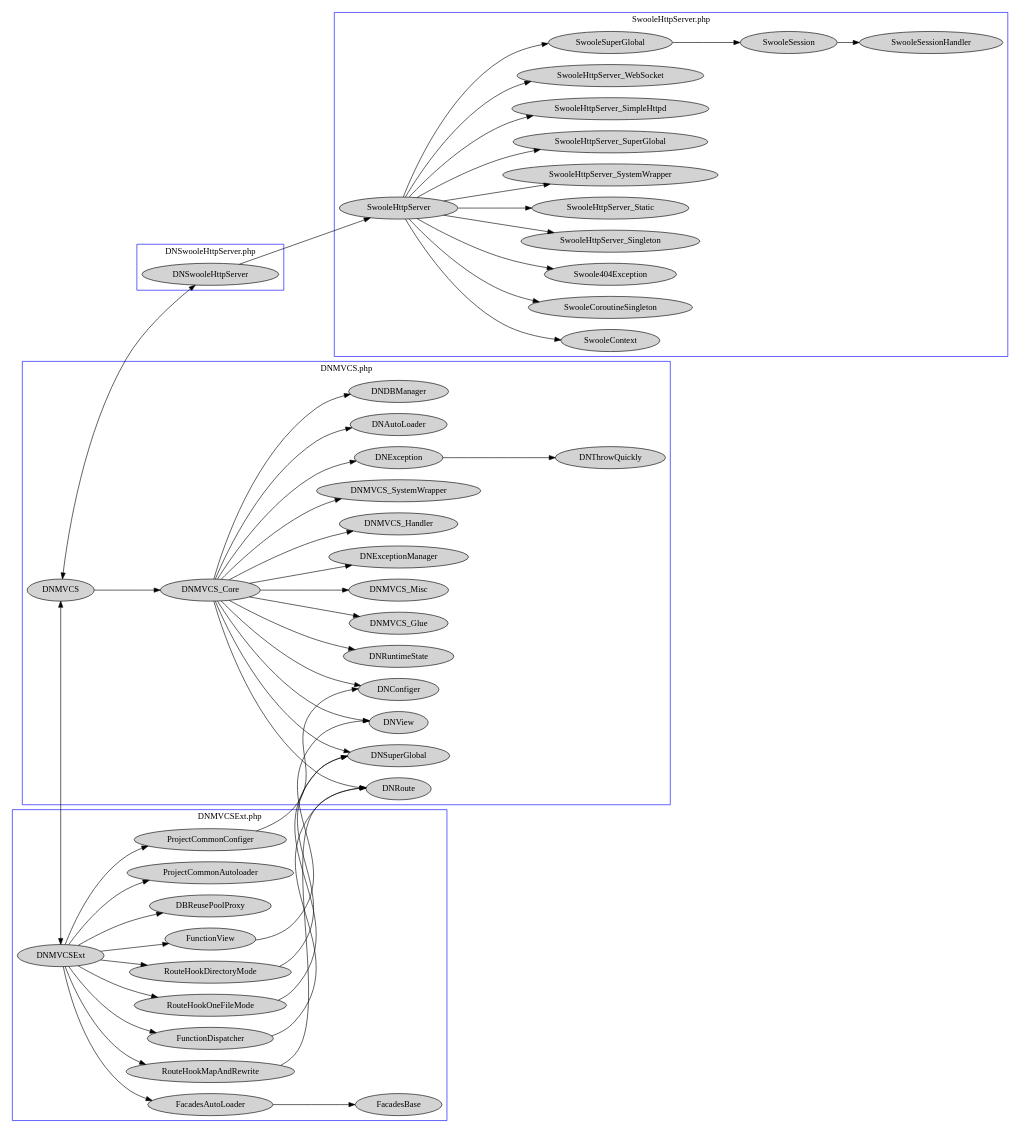
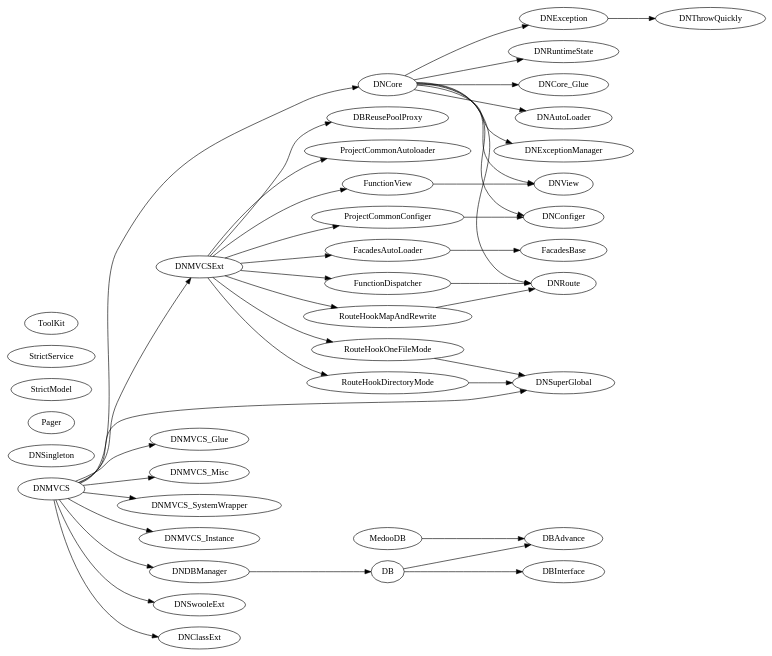
The diagram in dnmvcs.gv (dvaknheo/duckphp), drawn with Graphviz before and after one commit. The commit also changed 7 other files, not shown here.

Commit message:
添加层级关系图

```diff
--- a/dnmvcs.gv
+++ b/dnmvcs.gv
@@ -1,87 +1,60 @@
 digraph G{
+/* This is a graphviz file */
 graph [rankdir = "LR"];
-subgraph cluster_1 {
-		node [style=filled];
-		label = "DNMVCS.php";
-		color=blue;
+
 		
 DNException -> DNThrowQuickly ;
+DNCore -> DNRuntimeState;
+DNCore -> DNCore_Glue;
+DNCore -> DNAutoLoader;
+DNCore -> DNException;
+DNCore -> DNExceptionManager;
+DNCore -> DNView;
+DNCore -> DNConfiger;
+DNCore -> DNRoute;
 
-DNMVCS_Core -> DNAutoLoader;
-DNMVCS_Core -> DNException;
-DNMVCS_Core -> DNRoute;
-DNMVCS_Core -> DNView;
-DNMVCS_Core -> DNConfiger;
-DNMVCS_Core -> DNDBManager;
-DNMVCS_Core -> DNRuntimeState;
-DNMVCS_Core -> DNSuperGlobal;
-DNMVCS_Core -> DNMVCS_Glue;
-DNMVCS_Core -> DNMVCS_Misc;
-DNMVCS_Core -> DNExceptionManager;
-DNMVCS_Core -> DNMVCS_Handler;
-DNMVCS_Core -> DNMVCS_SystemWrapper;
-
-DNMVCS -> DNMVCS_Core;
+DNMVCS -> DNCore;
+DNMVCS -> DNMVCS_Glue;
+DNMVCS -> DNMVCS_Misc;
+DNMVCS -> DNMVCS_SystemWrapper;
+DNMVCS -> DNMVCS_Instance;
+DNMVCS -> DNDBManager;
+DNMVCS -> DNSwooleExt;
+DNMVCS -> DNMVCSExt;
+DNMVCS -> DNSuperGlobal;
+DNMVCS -> DNClassExt;
 
 
-}
+DNDBManager ->DB;
+DB -> DBAdvance;
+DB -> DBInterface;
+MedooDB -> DBAdvance;
 
-subgraph cluster_2 {
-		node [style=filled];
-		label = "DNMVCSExt.php";
-		color=blue;
-DNMVCS -> DNMVCSExt [dir=both];
 
 RouteHookMapAndRewrite -> DNRoute ;
 RouteHookOneFileMode -> DNSuperGlobal;
 RouteHookDirectoryMode -> DNSuperGlobal;
 FacadesAutoLoader -> FacadesBase ;
 FunctionDispatcher -> DNRoute;
 FunctionView -> DNView;
 
+DNMVCSExt-> FacadesAutoLoader;
 
 DNMVCSExt-> RouteHookMapAndRewrite;
 DNMVCSExt-> RouteHookOneFileMode;
 DNMVCSExt-> RouteHookDirectoryMode;
 DNMVCSExt-> DBReusePoolProxy;
 DNMVCSExt-> FunctionDispatcher;
 DNMVCSExt-> FunctionView;
 DNMVCSExt-> ProjectCommonAutoloader;
 DNMVCSExt-> ProjectCommonConfiger;
-DNMVCSExt-> FacadesAutoLoader;
 
 ProjectCommonConfiger -> DNConfiger  ;
 
-}
-subgraph cluster_4 {
-		node [style=filled];
-		label = "SwooleHttpServer.php";
-		color=blue;
-
-
-SwooleHttpServer -> SwooleContext;
-SwooleHttpServer -> SwooleCoroutineSingleton;
-SwooleHttpServer -> Swoole404Exception;
-SwooleHttpServer -> SwooleHttpServer_Singleton;
-SwooleHttpServer -> SwooleHttpServer_Static;
-SwooleHttpServer -> SwooleHttpServer_SystemWrapper;
-SwooleHttpServer -> SwooleHttpServer_SuperGlobal;
-SwooleHttpServer -> SwooleHttpServer_SimpleHttpd;
-SwooleHttpServer -> SwooleHttpServer_WebSocket;
-SwooleHttpServer -> SwooleSuperGlobal;
-SwooleSuperGlobal -> SwooleSession;
-SwooleSession -> SwooleSessionHandler;
+DNSingleton;
+Pager;
+StrictModel;
+StrictService;
+ToolKit;
 
 }
-subgraph cluster_3 {
-		node [style=filled];
-		label = "DNSwooleHttpServer.php";
-		color=blue;
-DNMVCS ->DNSwooleHttpServer [dir=both];
-
-DNSwooleHttpServer -> SwooleHttpServer;
-
-}
-
-
-}
```
